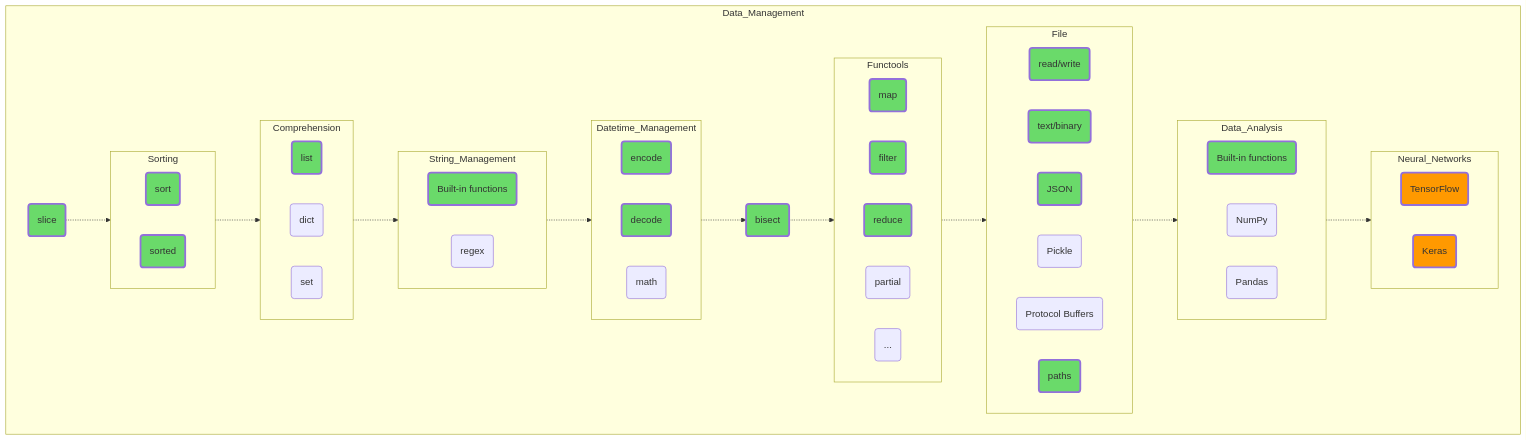
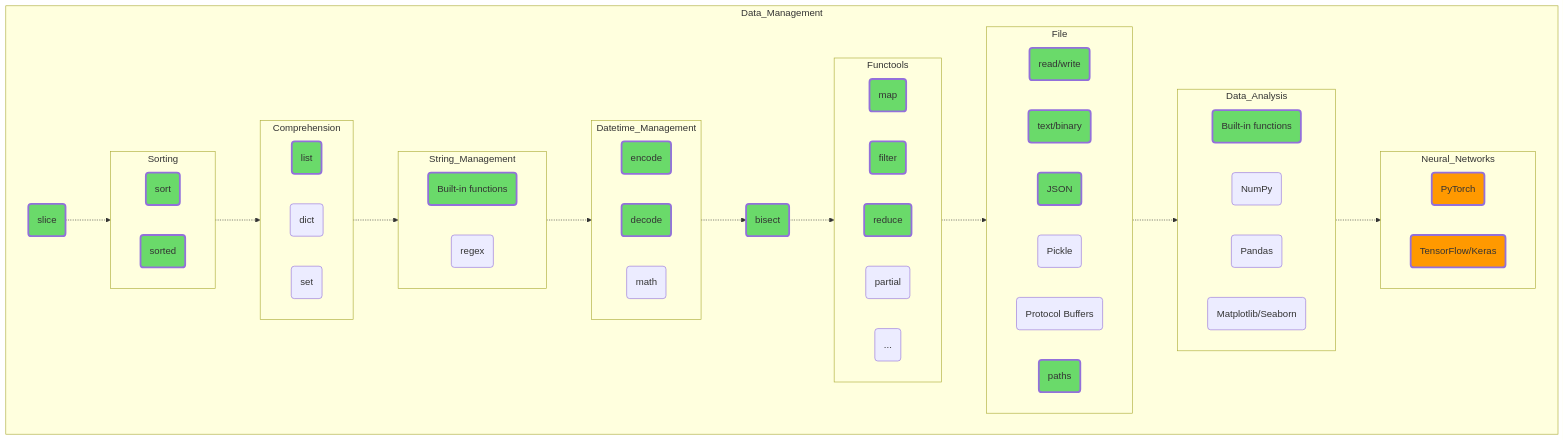
Before and after one commit to amaargiru/pyroad: the diagram in 02_Data_Management.md, drawn with Mermaid. The commit also changed 3 other files, not shown here.

Commit message:
Update 'Data Management' section Add Matplotlib, Seaborn and PyTorch

````diff
--- a/02_Data_Management.md
+++ b/02_Data_Management.md
@@ -62,12 +62,13 @@
 Data_Built-in_Functions("Built-in functions")
 NumPy(NumPy)
 Pandas(Pandas)
+Matplotlib_Seaborn("Matplotlib/Seaborn")
 end
 
 subgraph Neural_Networks
 direction LR
-TensorFlow(TensorFlow)
-Keras(Keras)
+PyTorch(PyTorch)
+TensorFlow("TensorFlow/Keras")
 end
 
 end
@@ -105,13 +106,12 @@
 class icount trainee;
 class icycle trainee;
 class irepeat trainee;
-class pairwise trainee;
 class product trainee;
 class combinations trainee;
 class enumerate trainee;
-class generator trainee;
+class yield trainee;
 class decorator trainee;
-class context trainee;
+class enter_exit_cm trainee;
 class oopBase1 trainee;
 class oop_property trainee;
 class staticmethod trainee;
@@ -207,7 +207,6 @@
 class Polymorphism trainee;
 class Abstraction trainee;
 class trunk_based_development trainee;
-class aiohttp trainee;
 class StreamHandler trainee;
 class Observer trainee;
 class Decorator_Method trainee;
@@ -221,7 +220,16 @@
 class Install trainee;
 class Directory_Structure trainee;
 class Terminal trainee;
+class accumulate trainee;
+class chain trainee;
+class compress trainee;
+class dropwhile trainee;
+class takewhile trainee;
+class typing_loc trainee;
+class REST trainee;
+class Postman trainee;
 
+class GraphQL middle;
 class bash middle;
 class System_administration middle;
 class Network_administration middle;
@@ -252,4 +260,5 @@
 class Pattern_of_Distributed_Systems middle;
 class Cloud_Design_Patterns middle;
 class New_Relic middle;
+class PyTorch middle;
 ```
````
